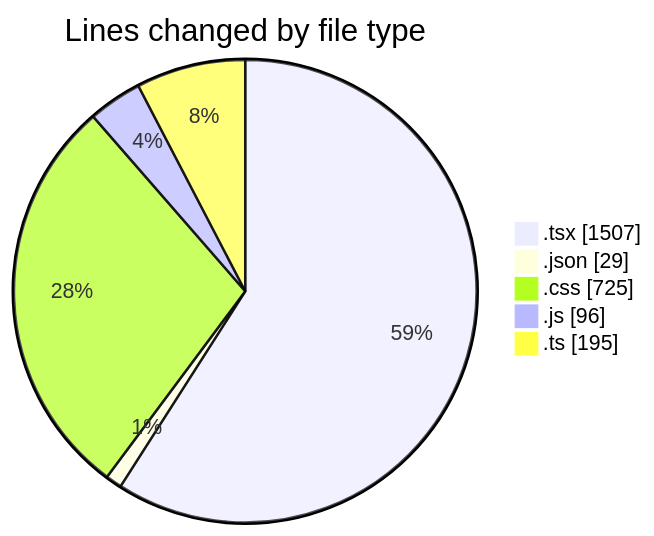
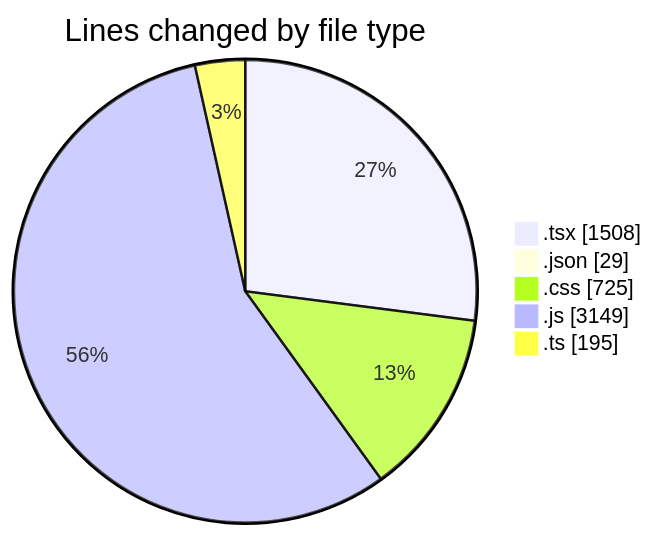
The first of 2 diagrams in 2025-05-15/laala_boost/README.md (Elitesun/code-tracking), drawn with Mermaid before and after one commit. The commit also changed other lines of this file and 2 other files, not shown here.

````diff
--- a/2025-05-15/laala_boost/README.md
+++ b/2025-05-15/laala_boost/README.md
@@ -32,9 +34,9 @@
 ```mermaid
 pie showData
 title Lines changed by file type
-".tsx" : 1507
+".tsx" : 1508
 ".json" : 29
 ".css" : 725
-".js" : 96
+".js" : 3149
 ".ts" : 195
 ```
````
